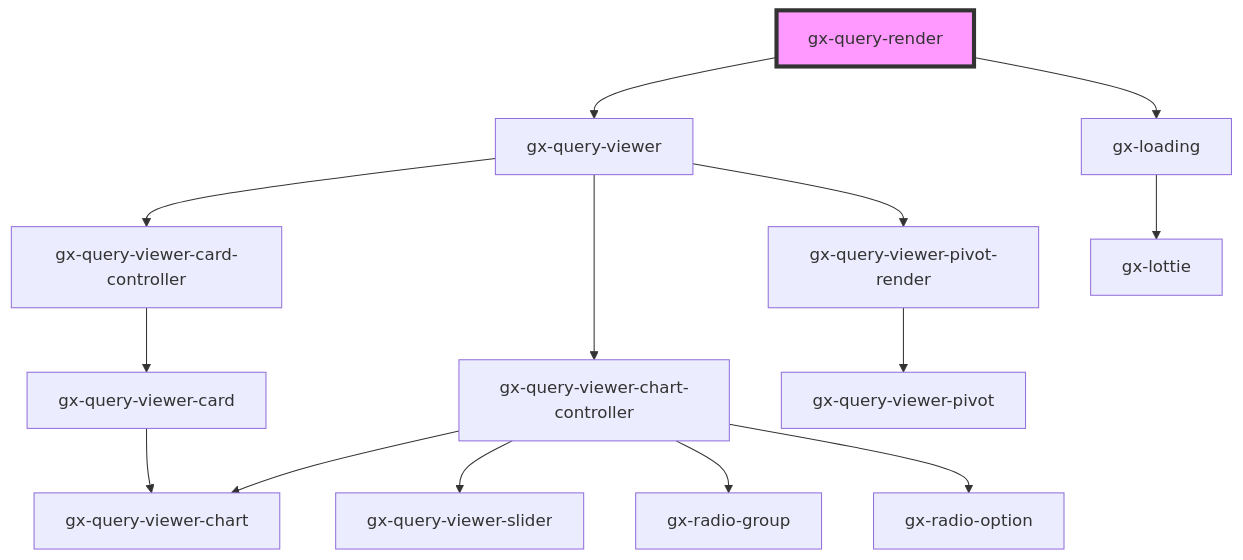
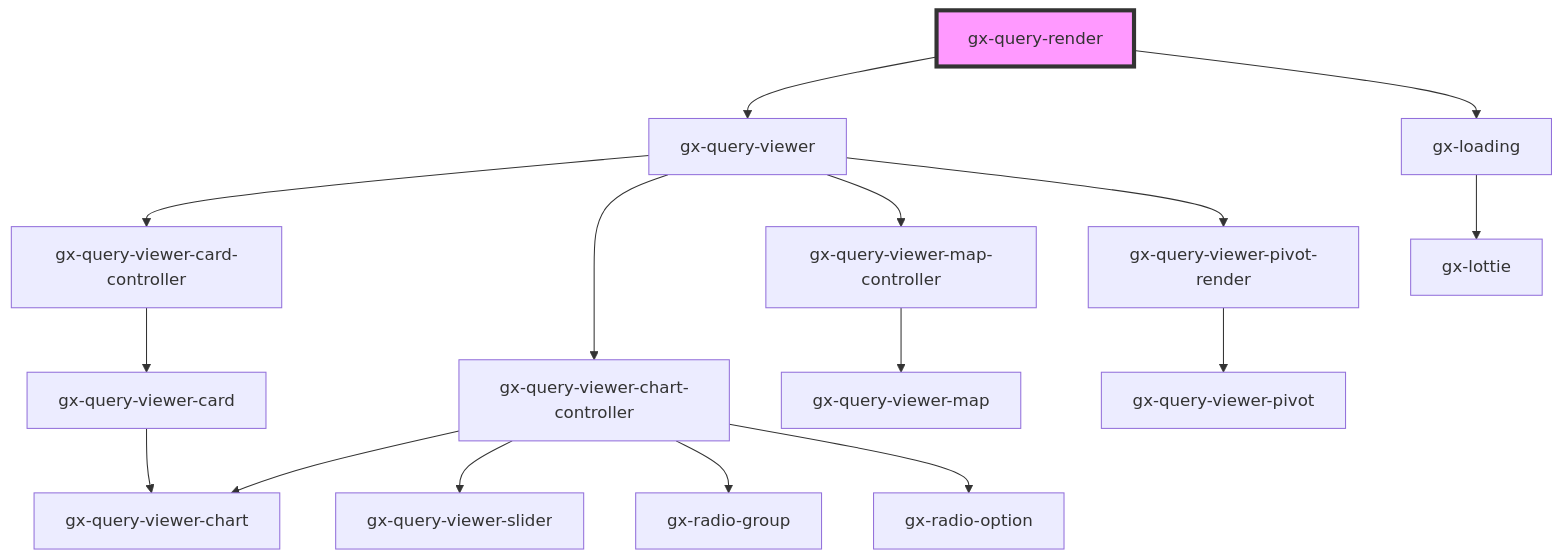
The diagram in src/components/gx-query/query-render/readme.md (genexuslabs/reporting-controls-library), drawn with Mermaid before and after one commit. The commit also changed 8 other files, not shown here.

Commit message:
refactor query viewer maps

````diff
--- a/src/components/gx-query/query-render/readme.md
+++ b/src/components/gx-query/query-render/readme.md
@@ -44,17 +44,19 @@
 ```mermaid
 graph TD;
   gx-query-render --> gx-query-viewer
   gx-query-render --> gx-loading
   gx-query-viewer --> gx-query-viewer-card-controller
   gx-query-viewer --> gx-query-viewer-chart-controller
+  gx-query-viewer --> gx-query-viewer-map-controller
   gx-query-viewer --> gx-query-viewer-pivot-render
   gx-query-viewer-card-controller --> gx-query-viewer-card
   gx-query-viewer-card --> gx-query-viewer-chart
   gx-query-viewer-chart-controller --> gx-query-viewer-chart
   gx-query-viewer-chart-controller --> gx-query-viewer-slider
   gx-query-viewer-chart-controller --> gx-radio-group
   gx-query-viewer-chart-controller --> gx-radio-option
+  gx-query-viewer-map-controller --> gx-query-viewer-map
   gx-query-viewer-pivot-render --> gx-query-viewer-pivot
   gx-loading --> gx-lottie
   style gx-query-render fill:#f9f,stroke:#333,stroke-width:4px
 ```
````
